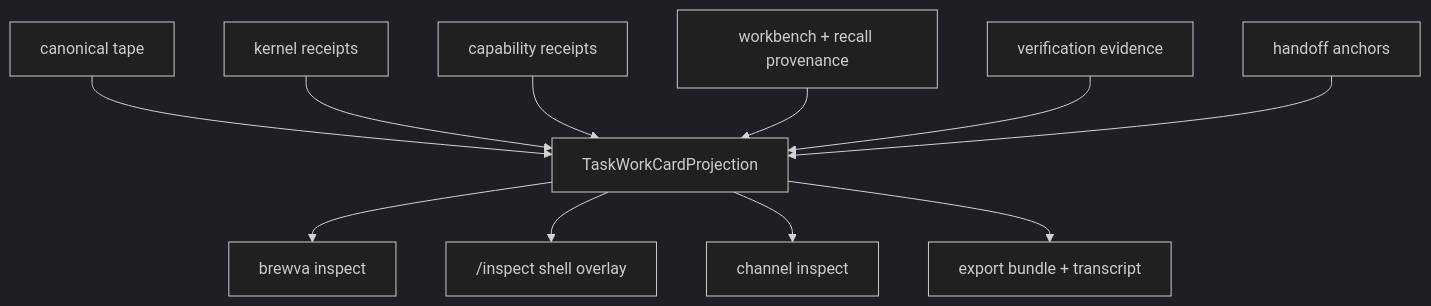
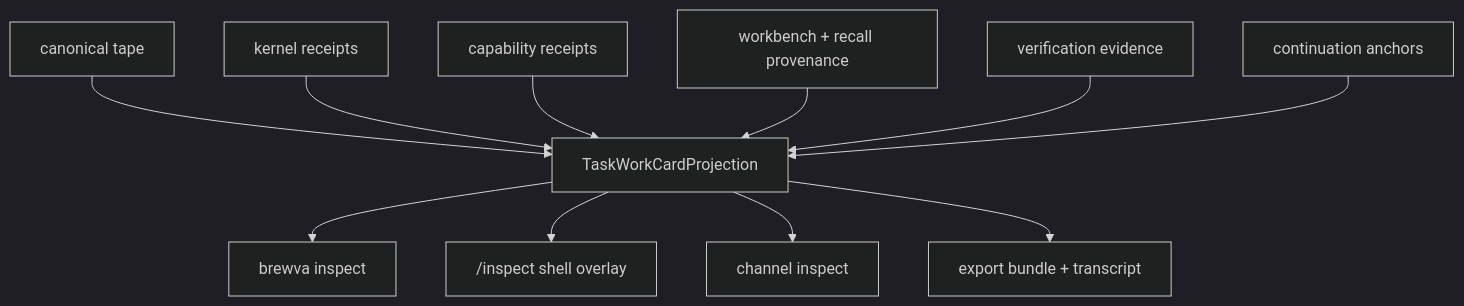
Before and after one commit to arcthur/brewva: the third of 10 diagrams in docs/architecture/control-and-data-flow.md, drawn with Mermaid (dark theme). The commit also changed other lines of this file and 71 other files, not shown here.

````diff
--- a/docs/architecture/control-and-data-flow.md
+++ b/docs/architecture/control-and-data-flow.md
@@ -47,14 +47,14 @@
 ```mermaid
 flowchart TD
   TAPE["canonical tape"] --> WC["TaskWorkCardProjection"]
   KERNEL["kernel receipts"] --> WC
   CAP["capability receipts"] --> WC
   WB["workbench + recall provenance"] --> WC
   VERIFY["verification evidence"] --> WC
-  HANDOFF["handoff anchors"] --> WC
+  ANCHORS["continuation anchors"] --> WC
 
   WC --> CLI["brewva inspect"]
   WC --> SHELL["/inspect shell overlay"]
   WC --> CHANNEL["channel inspect"]
   WC --> BUNDLE["export bundle + transcript"]
 ```
````
